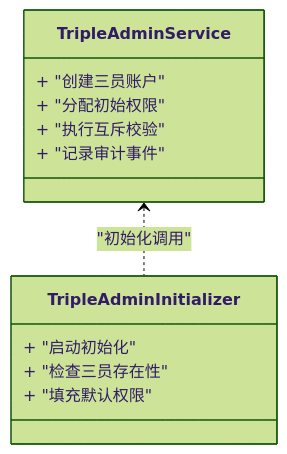
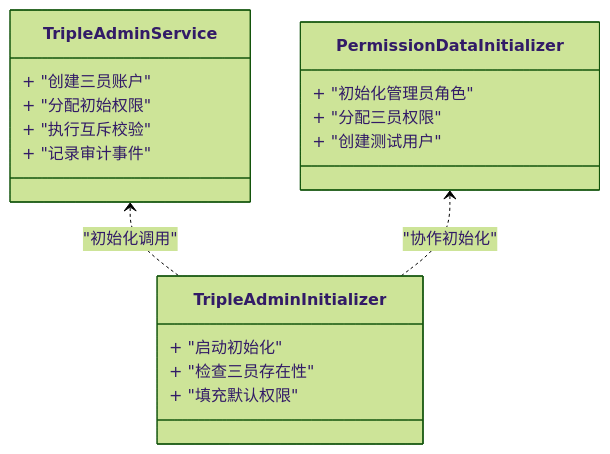
Before and after one commit to liming-lihaini/workflow: the sixth of 10 diagrams in .qoder/repowiki/zh/content/权限控制系统/权限控制系统.md, drawn with Mermaid (forest theme). The commit also changed other lines of this file and 46 other files, not shown here.

````diff
--- a/.qoder/repowiki/zh/content/权限控制系统/权限控制系统.md
+++ b/.qoder/repowiki/zh/content/权限控制系统/权限控制系统.md
@@ -333,15 +388,21 @@
 ```mermaid
 classDiagram
 class TripleAdminService {
 + "创建三员账户"
 + "分配初始权限"
 + "执行互斥校验"
 + "记录审计事件"
 }
 class TripleAdminInitializer {
 + "启动初始化"
 + "检查三员存在性"
 + "填充默认权限"
 }
+class PermissionDataInitializer {
++ "初始化管理员角色"
++ "分配三员权限"
++ "创建测试用户"
+}
 TripleAdminService <.. TripleAdminInitializer : "初始化调用"
+PermissionDataInitializer <.. TripleAdminInitializer : "协作初始化"
 ```
````
